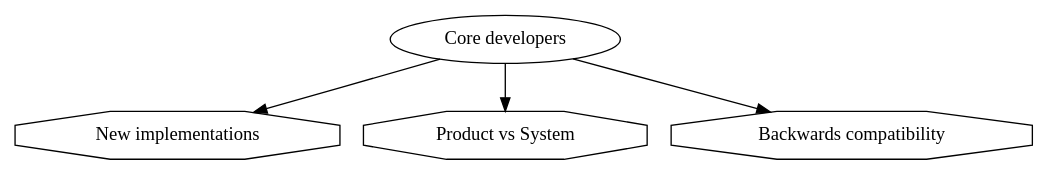
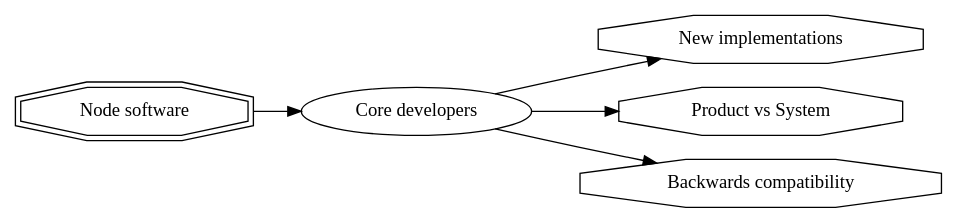
The tenth of 13 diagrams in Ethereum1x_definition.md (ledgerwatch/eth_state), drawn with Graphviz before and after one commit. The commit also changed other lines of this file, not shown here.

````diff
--- a/Ethereum1x_definition.md
+++ b/Ethereum1x_definition.md
@@ -128,11 +143,14 @@
 ```graphviz
 digraph core_devs {
+rankdir=LR;
 core_devs [label="Core developers"];
+software [label="Node software" shape="doubleoctagon"];
+software -> core_devs;
 new_implementations [label="New implementations" shape="octagon"];
 product_vs_system [label="Product vs System" shape="octagon"];
 backwards_compatibility [label="Backwards compatibility" shape="octagon"]
 core_devs -> new_implementations;
 core_devs -> product_vs_system;
 core_devs -> backwards_compatibility;
 }
 ```
````
